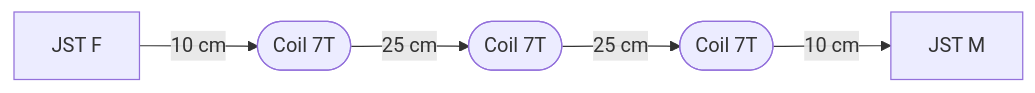
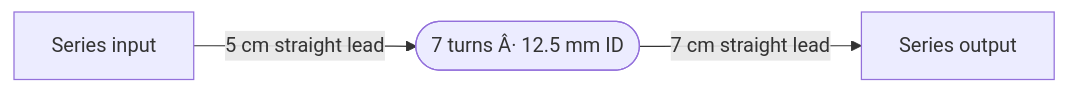
Before and after one commit to SurasakNie/naodec: the second of 2 diagrams in README.md, drawn with Mermaid. The commit also changed other lines of this file, not shown here.

Commit message:
Update README for Vertex series coil

````diff
--- a/README.md
+++ b/README.md
@@ -98,7 +117,5 @@
 ```mermaid
 flowchart LR
-  JF["JST F"] -->|"10 cm"| C1(["Coil 7T"])
-  C1 -->|"25 cm"| C2(["Coil 7T"])
-  C2 -->|"25 cm"| C3(["Coil 7T"])
-  C3 -->|"10 cm"| JM["JST M"]
+  IN["Series input"] -->|"5 cm straight lead"| C1(["7 turns Â· 12.5 mm ID"])
+  C1 -->|"7 cm straight lead"| OUT["Series output"]
 ```
````
